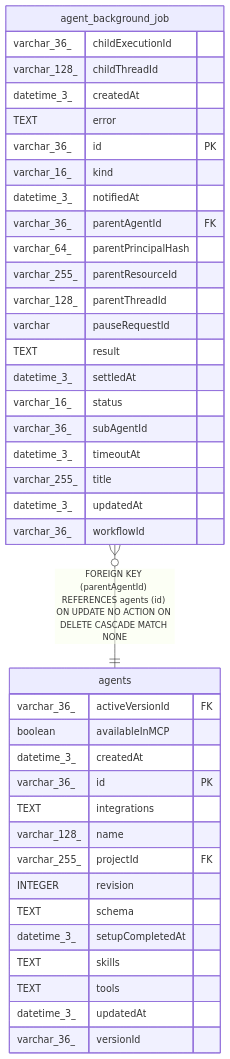
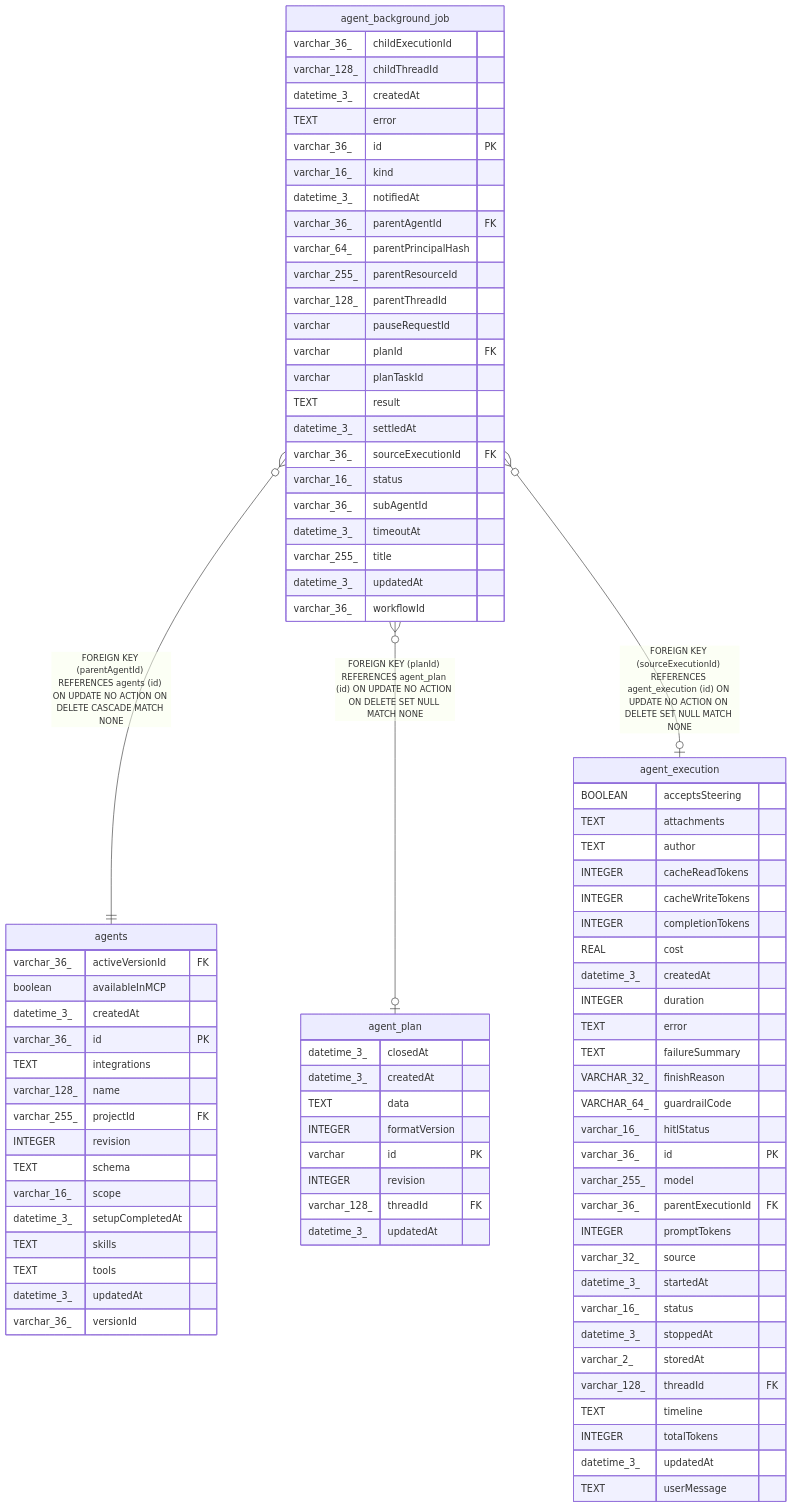
Before and after one commit to sreent/n8n: the diagram in docs/generated/sqlite-schema/agent_background_job.md, drawn with Mermaid. The commit also changed other lines of this file and 7993 other files, not shown here.

````diff
--- a/docs/generated/sqlite-schema/agent_background_job.md
+++ b/docs/generated/sqlite-schema/agent_background_job.md
@@ -64,6 +71,8 @@
 erDiagram
 
 "agent_background_job" }o--|| "agents" : "FOREIGN KEY (parentAgentId) REFERENCES agents (id) ON UPDATE NO ACTION ON DELETE CASCADE MATCH NONE"
+"agent_background_job" }o--o| "agent_plan" : "FOREIGN KEY (planId) REFERENCES agent_plan (id) ON UPDATE NO ACTION ON DELETE SET NULL MATCH NONE"
+"agent_background_job" }o--o| "agent_execution" : "FOREIGN KEY (sourceExecutionId) REFERENCES agent_execution (id) ON UPDATE NO ACTION ON DELETE SET NULL MATCH NONE"
 
 "agent_background_job" {
   varchar_36_ childExecutionId
@@ -78,8 +87,11 @@
   varchar_255_ parentResourceId
   varchar_128_ parentThreadId
   varchar pauseRequestId
+  varchar planId FK
+  varchar planTaskId
   TEXT result
   datetime_3_ settledAt
+  varchar_36_ sourceExecutionId FK
   varchar_16_ status
   varchar_36_ subAgentId
   datetime_3_ timeoutAt
@@ -97,10 +109,51 @@
   varchar_255_ projectId FK
   INTEGER revision
   TEXT schema
+  varchar_16_ scope
   datetime_3_ setupCompletedAt
   TEXT skills
   TEXT tools
   datetime_3_ updatedAt
   varchar_36_ versionId
 }
+"agent_plan" {
+  datetime_3_ closedAt
+  datetime_3_ createdAt
+  TEXT data
+  INTEGER formatVersion
+  varchar id PK
+  INTEGER revision
+  varchar_128_ threadId FK
+  datetime_3_ updatedAt
+}
+"agent_execution" {
+  BOOLEAN acceptsSteering
+  TEXT attachments
+  TEXT author
+  INTEGER cacheReadTokens
+  INTEGER cacheWriteTokens
+  INTEGER completionTokens
+  REAL cost
+  datetime_3_ createdAt
+  INTEGER duration
+  TEXT error
+  TEXT failureSummary
+  VARCHAR_32_ finishReason
+  VARCHAR_64_ guardrailCode
+  varchar_16_ hitlStatus
+  varchar_36_ id PK
+  varchar_255_ model
+  varchar_36_ parentExecutionId FK
+  INTEGER promptTokens
+  varchar_32_ source
+  datetime_3_ startedAt
+  varchar_16_ status
+  datetime_3_ stoppedAt
+  varchar_2_ storedAt
+  varchar_128_ threadId FK
+  TEXT timeline
+  INTEGER totalTokens
+  datetime_3_ updatedAt
+  TEXT userMessage
+}
 ```
````
